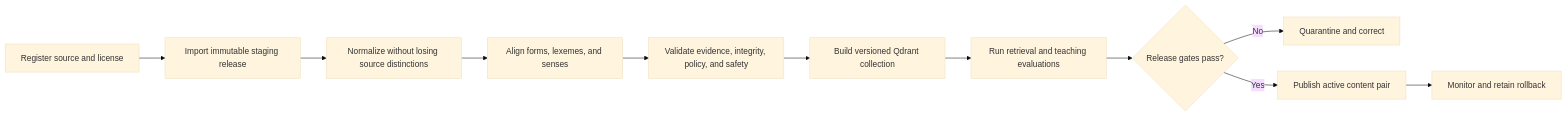
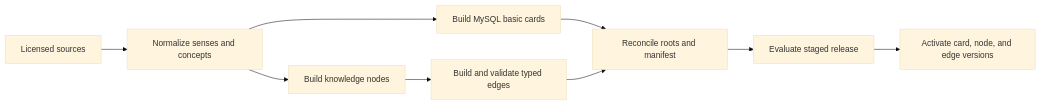
One commit to Ashex-x/Transnet changed the diagram in docs/guides/content-publishing.md. Above: the diagram before and after it, drawn with Mermaid (base theme). The commit also changed other lines of this file and 27 other files, not shown here.

````diff
--- a/docs/guides/content-publishing.md
+++ b/docs/guides/content-publishing.md
@@ -30,13 +17,11 @@
 ```mermaid
 flowchart LR
-  register["Register source and license"] --> stage["Import immutable staging release"]
-  stage --> normalize["Normalize without losing source distinctions"]
-  normalize --> align["Align forms, lexemes, and senses"]
-  align --> validate["Validate evidence, integrity, policy, and safety"]
-  validate --> embed["Build versioned Qdrant collection"]
-  embed --> evaluate["Run retrieval and teaching evaluations"]
-  evaluate --> approve{"Release gates pass?"}
-  approve -->|"No"| quarantine["Quarantine and correct"]
-  approve -->|"Yes"| publish["Publish active content pair"]
-  publish --> observe["Monitor and retain rollback"]
+  source["Licensed sources"] --> normalize["Normalize senses and concepts"]
+  normalize --> cards["Build MySQL basic cards"]
+  normalize --> nodes["Build knowledge nodes"]
+  nodes --> edges["Build and validate typed edges"]
+  cards --> reconcile["Reconcile roots and manifest"]
+  edges --> reconcile
+  reconcile --> evaluate["Evaluate staged release"]
+  evaluate --> activate["Activate card, node, and edge versions"]
 ```
````
